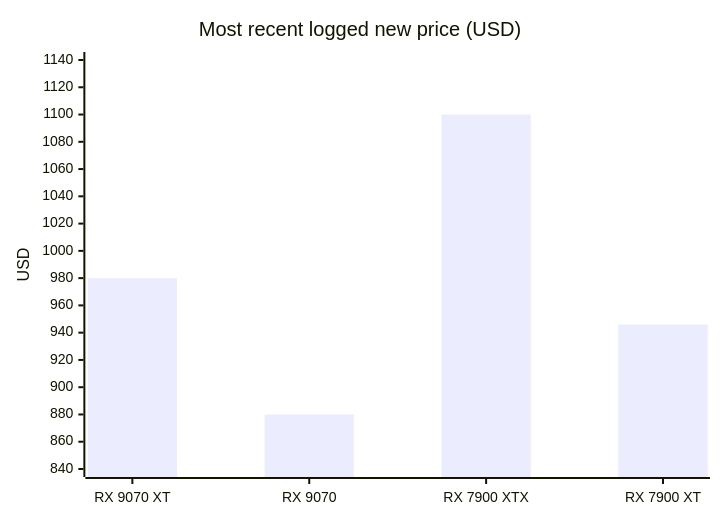
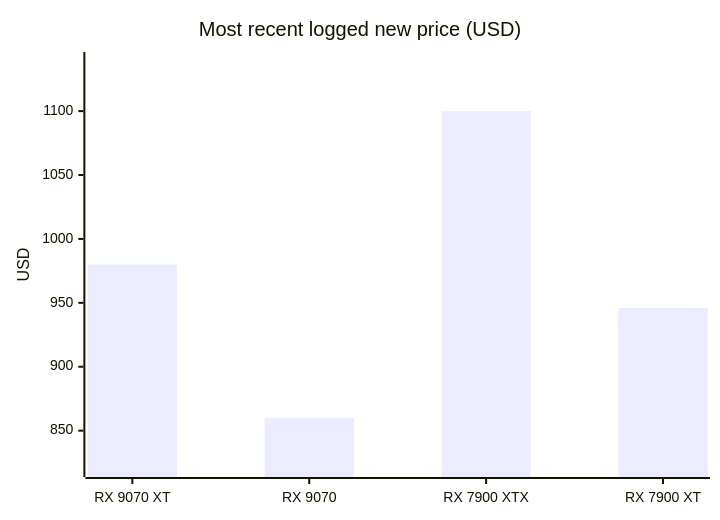
One commit to 7324136828/4tb_ssd_price_watch changed the tenth of 18 diagrams in README.md. Above: the diagram before and after it, drawn with Mermaid. The commit also changed other lines of this file, not shown here.

````diff
--- a/README.md
+++ b/README.md
@@ -1089,7 +1134,7 @@
 ```mermaid
 xychart-beta
     title "Most recent logged new price (USD)"
     x-axis ["RX 9070 XT", "RX 9070", "RX 7900 XTX", "RX 7900 XT"]
-    y-axis "USD" 840 --> 1140
-    bar [979.99, 879.99, 1099.99, 946.00]
+    y-axis "USD" 820 --> 1140
+    bar [979.99, 859.99, 1099.99, 946.00]
 ```
````
